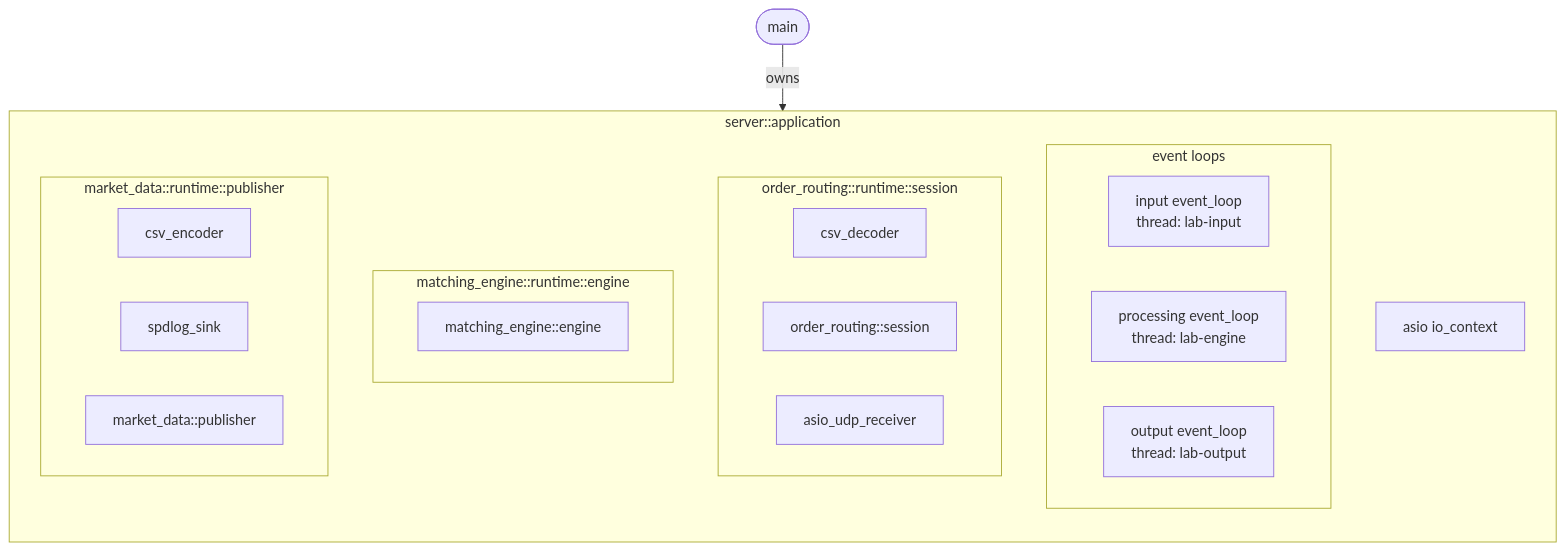
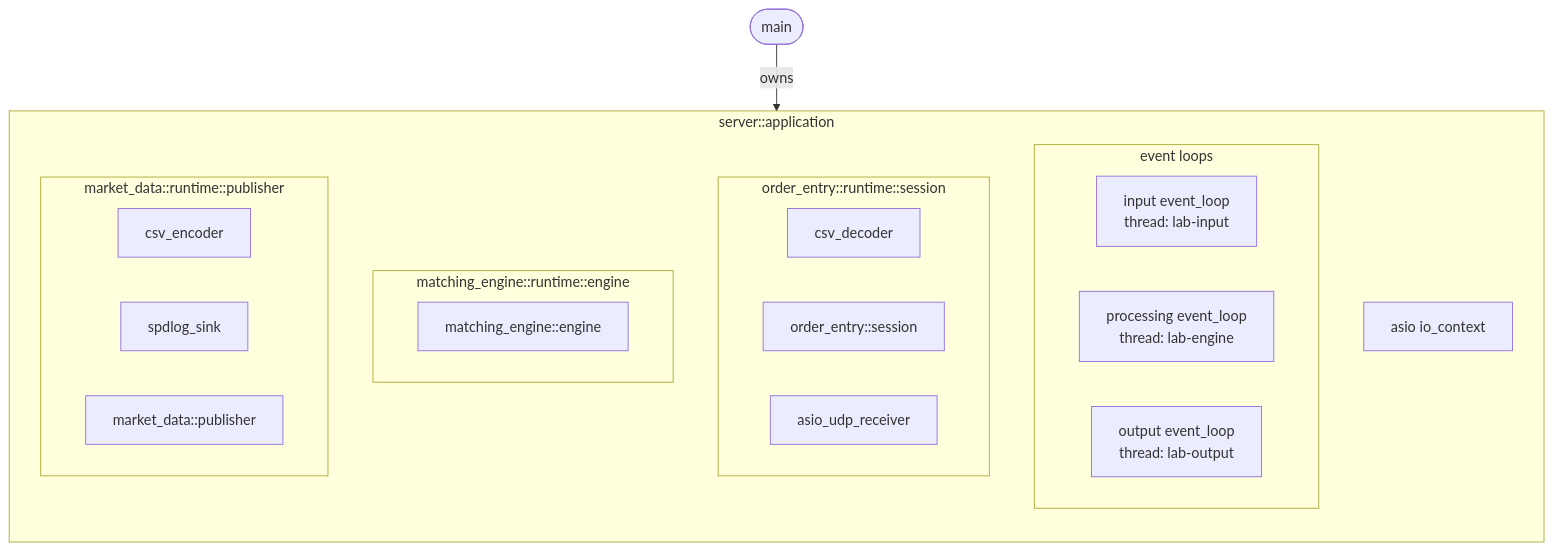
Before and after one commit to indiosmo/cpp-demo-build: the first of 2 diagrams in docs/runtime-startup.md, drawn with Mermaid. The commit also changed other lines of this file and 104 other files, not shown here.

````diff
--- a/docs/runtime-startup.md
+++ b/docs/runtime-startup.md
@@ -32,38 +32,38 @@
 ```mermaid
 flowchart TB
   main([main])
 
   subgraph application[server::application]
     direction TB
 
     subgraph loops[event loops]
       direction LR
       input_loop[input event_loop<br/>thread: lab-input]
       processing_loop[processing event_loop<br/>thread: lab-engine]
       output_loop[output event_loop<br/>thread: lab-output]
     end
 
     io_context[asio io_context]
 
-    subgraph routing[order_routing::runtime::session]
+    subgraph routing[order_entry::runtime::session]
       direction LR
       decoder[csv_decoder]
-      inner_session[order_routing::session]
+      inner_session[order_entry::session]
       receiver[asio_udp_receiver]
     end
 
     subgraph engine_box[matching_engine::runtime::engine]
       direction LR
       engine_stage[matching_engine::engine]
     end
 
     subgraph publisher_box[market_data::runtime::publisher]
       direction LR
       encoder[csv_encoder]
       sink[spdlog_sink]
       inner_publisher[market_data::publisher]
     end
   end
 
   main -->|owns| application
 ```
````
